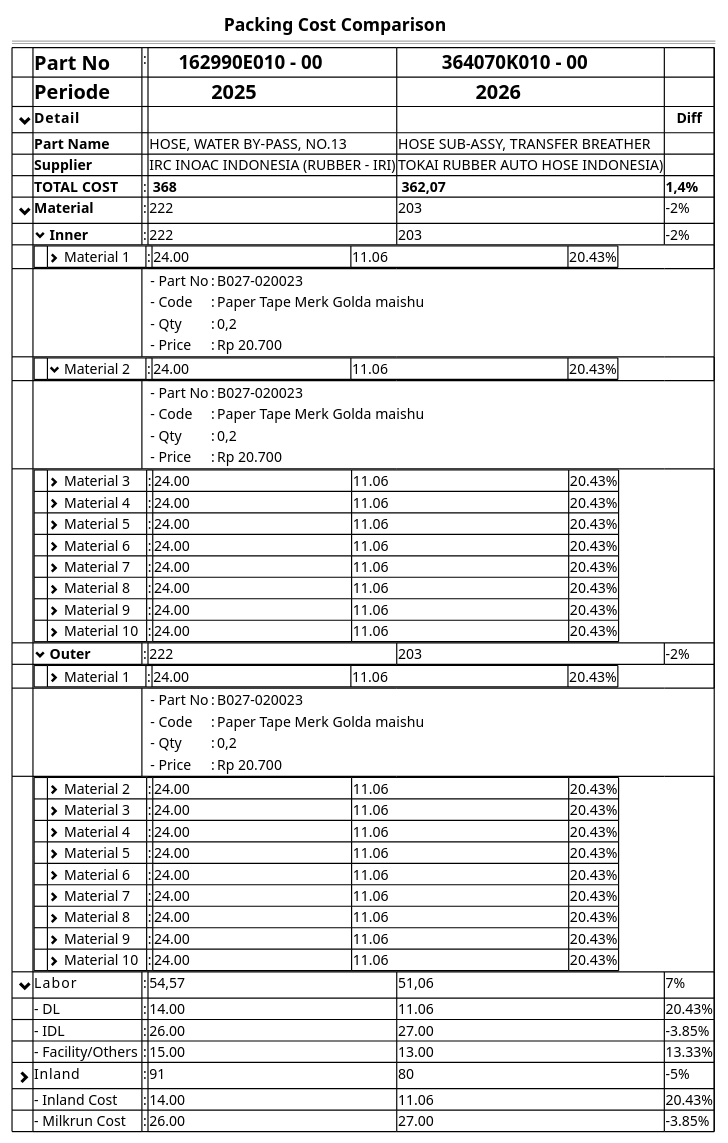
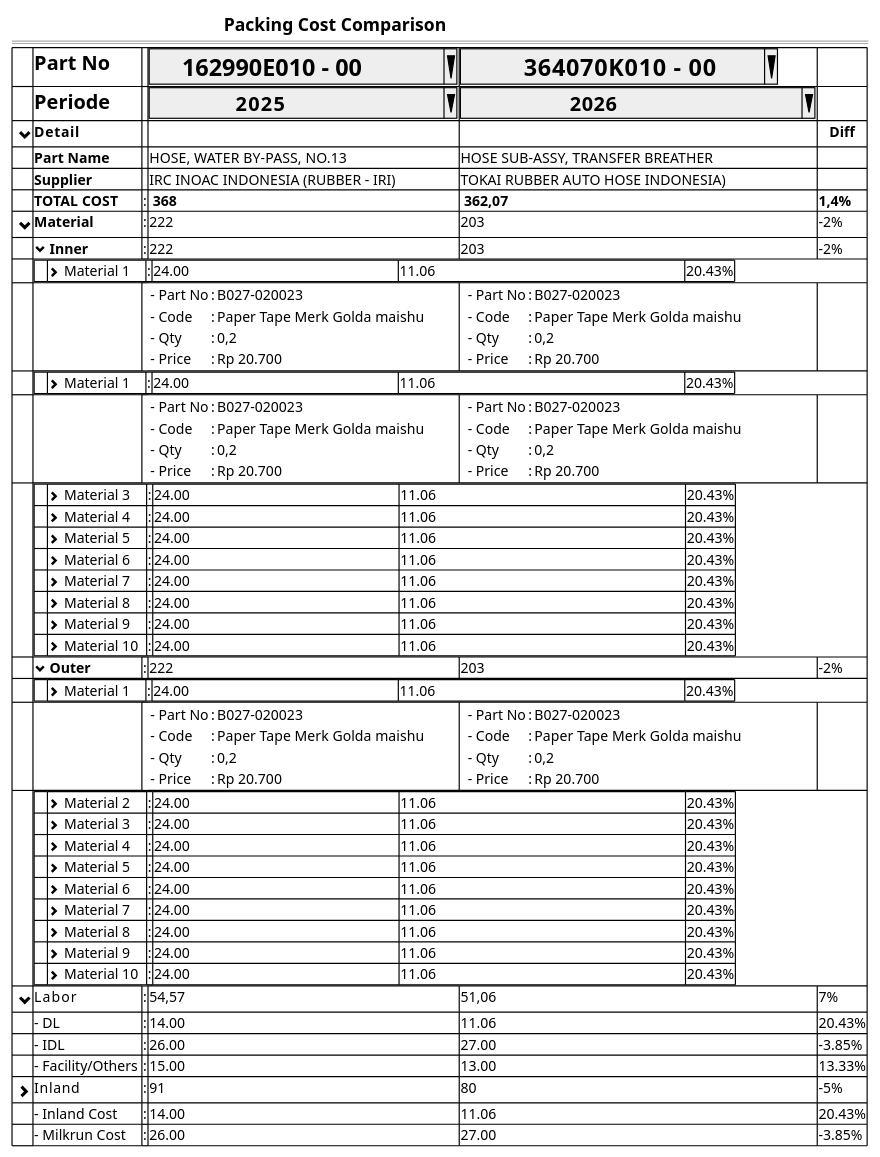
Before and after one commit to ari-fikri/packing-cost-mockup: the diagram in PPR/comparison/comparison1b.puml, drawn with PlantUML.

Commit message:
Realigning the column width

```diff
--- a/PPR/comparison/comparison1b.puml
+++ b/PPR/comparison/comparison1b.puml
@@ -1,74 +1,89 @@
 @startsalt
 {
                                                             <b><size:15>Packing Cost Comparison
   ==
   {#
-    |.|<b><size:17>Part No                    | : |=       162990E010 - 00             |=         364070K010 - 00     |.|*
-    |.|<b><size:17>Periode                    |.  |<b><size:17>            2025        |<b><size:17>               2026      |.|*
+    |.|<b><size:17>Part No                    |.  |^<b><size:20>     162990E010 - 00           ^|^<b><size:20>         364070K010 - 00        ^|.|*
+    |.|<b><size:17>Periode                    |.  |^<b><size:17>                 2025          ^|^<b><size:17>                     2026           ^|.|*
     |<size:15> <&chevron-bottom>     |<b>Detail           |  .| .                 | .             |   <b>Diff|*
     |.|<b>Part Name                  |.  |HOSE, WATER BY-PASS, NO.13         | HOSE SUB-ASSY, TRANSFER BREATHER        |.|*    
     |.|<b>Supplier                   |.  |IRC INOAC INDONESIA (RUBBER - IRI) | TOKAI RUBBER AUTO HOSE INDONESIA)       |.|*        
     |          .                  |<b>TOTAL COST            | : |<b> 368              |<b> 362,07          |<b>1,4% |*    
     |<size:15> <&chevron-bottom>  |<b>Material              | : | 222                 | 203                |-2%     |*
     |.                            |<&chevron-bottom><b> Inner              | : | 222                 | 203                |-2%     |*
     .|{#
-        |   |<&chevron-right> Material 1    	               |:  |	24.00                                            |	11.06                                                 |20.43%  |*
-      }|*|*|*|*|*
-      .|.|{
+        |   |<&chevron-right> Material 1    	               |:  |	24.00                                                         |	11.06                                                                    |20.43%  |*
+      }|*|*|*|*|*      
+      .|.|{ /' Cell 1'/
         .| - Part No	 |:| B027-020023 |*
         .| - Code      |:| Paper Tape Merk Golda maishu |*
         .| - Qty	     |:| 0,2         |*
         .| - Price 	   |:| Rp 20.700   |*
-      }|*|*|*|*|*
-    .|{#
-        |   |<&chevron-bottom> Material 2    	               |:  |	24.00                                            |	11.06                                                 |20.43%  |*
-      }|*|*|*|*|*
-    .|.|{
-      .| - Part No	 |:| B027-020023 |*
-      .| - Code      |:| Paper Tape Merk Golda maishu |*
-      .| - Qty	     |:| 0,2         |*
-      .| - Price 	   |:| Rp 20.700   |*
-    }|*|*|*|*|*            
-    .|{#
-    |   |<&chevron-right> Material 3   |:  |	24.00                                            |	11.06                                                 |20.43%  |*
-    |   |<&chevron-right> Material 4   |:  |	24.00                                            |	11.06                                                 |20.43%  |*
-    |   |<&chevron-right> Material 5   |:  |	24.00                                            |	11.06                                                 |20.43%  |*
-    |   |<&chevron-right> Material 6   |:  |	24.00                                            |	11.06                                                 |20.43%  |*
-    |   |<&chevron-right> Material 7   |:  |	24.00                                            |	11.06                                                 |20.43%  |*
-    |   |<&chevron-right> Material 8   |:  |	24.00                                            |	11.06                                                 |20.43%  |*
-    |   |<&chevron-right> Material 9   |:  |	24.00                                            |	11.06                                                 |20.43%  |*
-    |   |<&chevron-right> Material 10  |:  |	24.00                                            |	11.06                                                 |20.43%  |*
-  }|*|*|*|*|*
-    |.                            |<&chevron-bottom><b> Outer              | : | 222                 | 203                |-2%     |*
-    .|{#
-        |   |<&chevron-right> Material 1    	               |:  |	24.00                                            |	11.06                                                 |20.43%  |*
-      }|*|*|*|*|*
-      .|.|{
+      }|*|{ /' Cell 2'/
         .| - Part No	 |:| B027-020023 |*
         .| - Code      |:| Paper Tape Merk Golda maishu |*
         .| - Qty	     |:| 0,2         |*
         .| - Price 	   |:| Rp 20.700   |*
+      }|*
+    .|{#
+        |   |<&chevron-right> Material 1    	               |:  |	24.00                                                         |	11.06                                                                    |20.43%  |*
       }|*|*|*|*|*
+      .|.|{ /' Cell 1'/
+        .| - Part No	 |:| B027-020023 |*
+        .| - Code      |:| Paper Tape Merk Golda maishu |*
+        .| - Qty	     |:| 0,2         |*
+        .| - Price 	   |:| Rp 20.700   |*
+      }|*|{ /' Cell 2'/
+        .| - Part No	 |:| B027-020023 |*
+        .| - Code      |:| Paper Tape Merk Golda maishu |*
+        .| - Qty	     |:| 0,2         |*
+        .| - Price 	   |:| Rp 20.700   |*
+      }|*
     .|{#
-    |   |<&chevron-right> Material 2   |:  |	24.00                                            |	11.06                                                 |20.43%  |*
-    |   |<&chevron-right> Material 3   |:  |	24.00                                            |	11.06                                                 |20.43%  |*
-    |   |<&chevron-right> Material 4   |:  |	24.00                                            |	11.06                                                 |20.43%  |*
-    |   |<&chevron-right> Material 5   |:  |	24.00                                            |	11.06                                                 |20.43%  |*
-    |   |<&chevron-right> Material 6   |:  |	24.00                                            |	11.06                                                 |20.43%  |*
-    |   |<&chevron-right> Material 7   |:  |	24.00                                            |	11.06                                                 |20.43%  |*
-    |   |<&chevron-right> Material 8   |:  |	24.00                                            |	11.06                                                 |20.43%  |*
-    |   |<&chevron-right> Material 9   |:  |	24.00                                            |	11.06                                                 |20.43%  |*
-    |   |<&chevron-right> Material 10  |:  |	24.00                                            |	11.06                                                 |20.43%  |*
+    |   |<&chevron-right> Material 3   |:  |	24.00                                                         |	11.06                                                                    |20.43%  |*
+    |   |<&chevron-right> Material 4   |:  |	24.00                                                         |	11.06                                                                    |20.43%  |*
+    |   |<&chevron-right> Material 5   |:  |	24.00                                                         |	11.06                                                                    |20.43%  |*
+    |   |<&chevron-right> Material 6   |:  |	24.00                                                         |	11.06                                                                    |20.43%  |*
+    |   |<&chevron-right> Material 7   |:  |	24.00                                                         |	11.06                                                                    |20.43%  |*
+    |   |<&chevron-right> Material 8   |:  |	24.00                                                         |	11.06                                                                    |20.43%  |*
+    |   |<&chevron-right> Material 9   |:  |	24.00                                                         |	11.06                                                                    |20.43%  |*
+    |   |<&chevron-right> Material 10  |:  |	24.00                                                         |	11.06                                                                    |20.43%  |*
+  }|*|*|*|*|*
+    |.                            |<&chevron-bottom><b> Outer              | : | 222                 | 203                |-2%     |*
+    .|{#
+        |   |<&chevron-right> Material 1    	               |:  |	24.00                                                         |	11.06                                                                    |20.43%  |*
+      }|*|*|*|*|*      
+      .|.|{ /' Cell 1'/
+        .| - Part No	 |:| B027-020023 |*
+        .| - Code      |:| Paper Tape Merk Golda maishu |*
+        .| - Qty	     |:| 0,2         |*
+        .| - Price 	   |:| Rp 20.700   |*
+      }|*|{ /' Cell 2'/
+        .| - Part No	 |:| B027-020023 |*
+        .| - Code      |:| Paper Tape Merk Golda maishu |*
+        .| - Qty	     |:| 0,2         |*
+        .| - Price 	   |:| Rp 20.700   |*
+      }|*    
+    .|{#
+    |   |<&chevron-right> Material 2   |:  |	24.00                                                         |	11.06                                                                    |20.43%  |*
+    |   |<&chevron-right> Material 3   |:  |	24.00                                                         |	11.06                                                                    |20.43%  |*
+    |   |<&chevron-right> Material 4   |:  |	24.00                                                         |	11.06                                                                    |20.43%  |*
+    |   |<&chevron-right> Material 5   |:  |	24.00                                                         |	11.06                                                                    |20.43%  |*
+    |   |<&chevron-right> Material 6   |:  |	24.00                                                         |	11.06                                                                    |20.43%  |*
+    |   |<&chevron-right> Material 7   |:  |	24.00                                                         |	11.06                                                                    |20.43%  |*
+    |   |<&chevron-right> Material 8   |:  |	24.00                                                         |	11.06                                                                    |20.43%  |*
+    |   |<&chevron-right> Material 9   |:  |	24.00                                                         |	11.06                                                                    |20.43%  |*
+    |   |<&chevron-right> Material 10  |:  |	24.00                                                         |	11.06                                                                    |20.43%  |*
   }|*|*|*|*|*      
     |<size:15> <&chevron-bottom>  |Labor                 | : | 54,57               | 51,06              |7%      |*
     |.                            | - DL	               |:  |	14.00              |	11.06	            |20.43%  |*
     |.                            | - IDL	               |:  |	26.00              |	27.00	            |–3.85%  |*
     |.                            | - Facility/Others	   |:  |	15.00              |	13.00	            |13.33%  |*
       
     |<size:15> <&chevron-right>   |Inland                | : | 91                  | 80                 |-5%  |*    
     |.                            | - Inland Cost	       |:  |	14.00              |	11.06	            |20.43%  |*
     |.                            | - Milkrun Cost	      |:  |	26.00              |	27.00	            |–3.85%  |*    
   }
   
 }
 @endsalt
```
